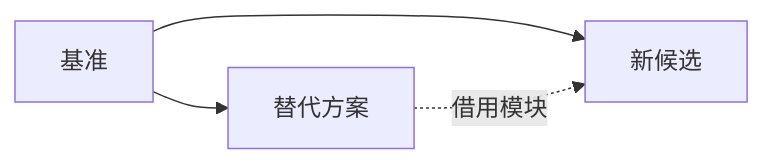
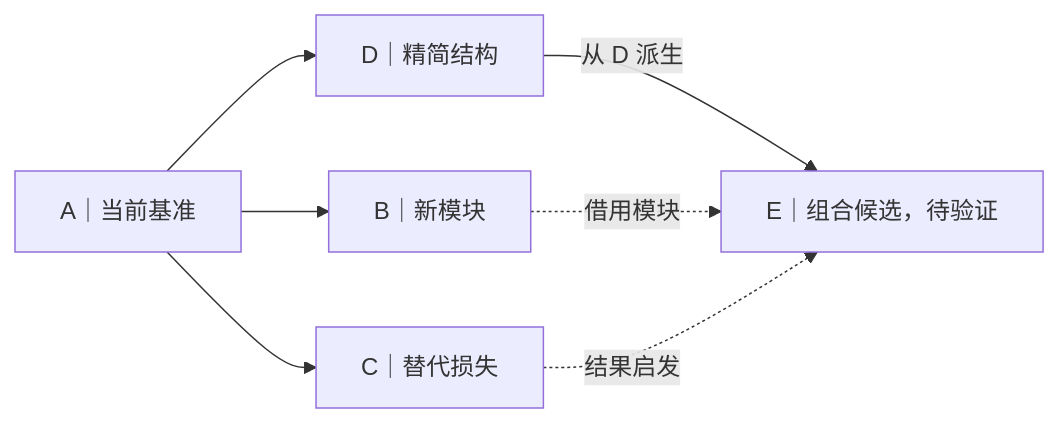
The diagram in skills/steady-progress/references/version-lineage.md (Kmourn/my_skills), drawn with Mermaid before and after one commit. The commit also changed other lines of this file, not shown here.

Commit message:
Clarify lineage diagram with distinct source relationships

````diff
--- a/skills/steady-progress/references/version-lineage.md
+++ b/skills/steady-progress/references/version-lineage.md
@@ -8,6 +8,9 @@
 ```mermaid
 flowchart LR
-    A[基准] --> B[替代方案]
-    A --> C[新候选]
-    B -. 借用模块 .-> C
+    A["A｜当前基准"] --> B["B｜新模块"]
+    A --> C["C｜替代损失"]
+    A --> D["D｜精简结构"]
+    D -->|从 D 派生| E["E｜组合候选，待验证"]
+    B -. 借用模块 .-> E
+    C -. 结果启发 .-> E
 ```
````
